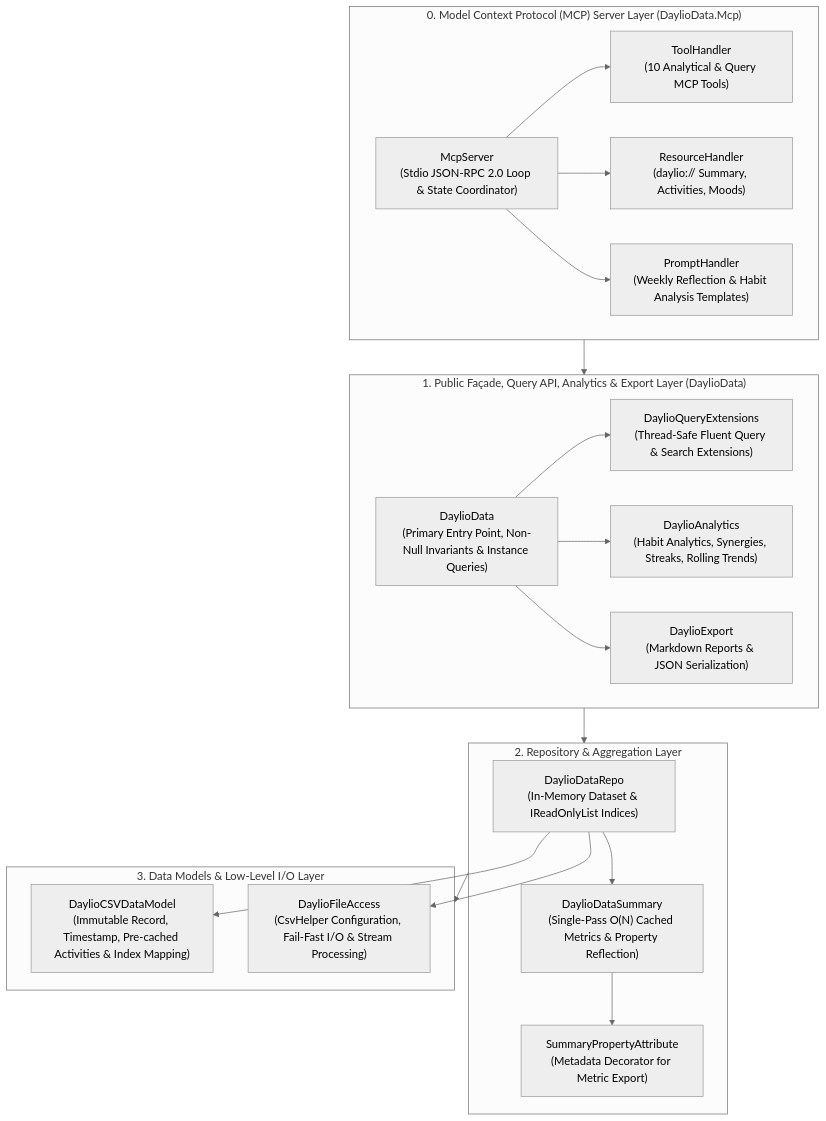
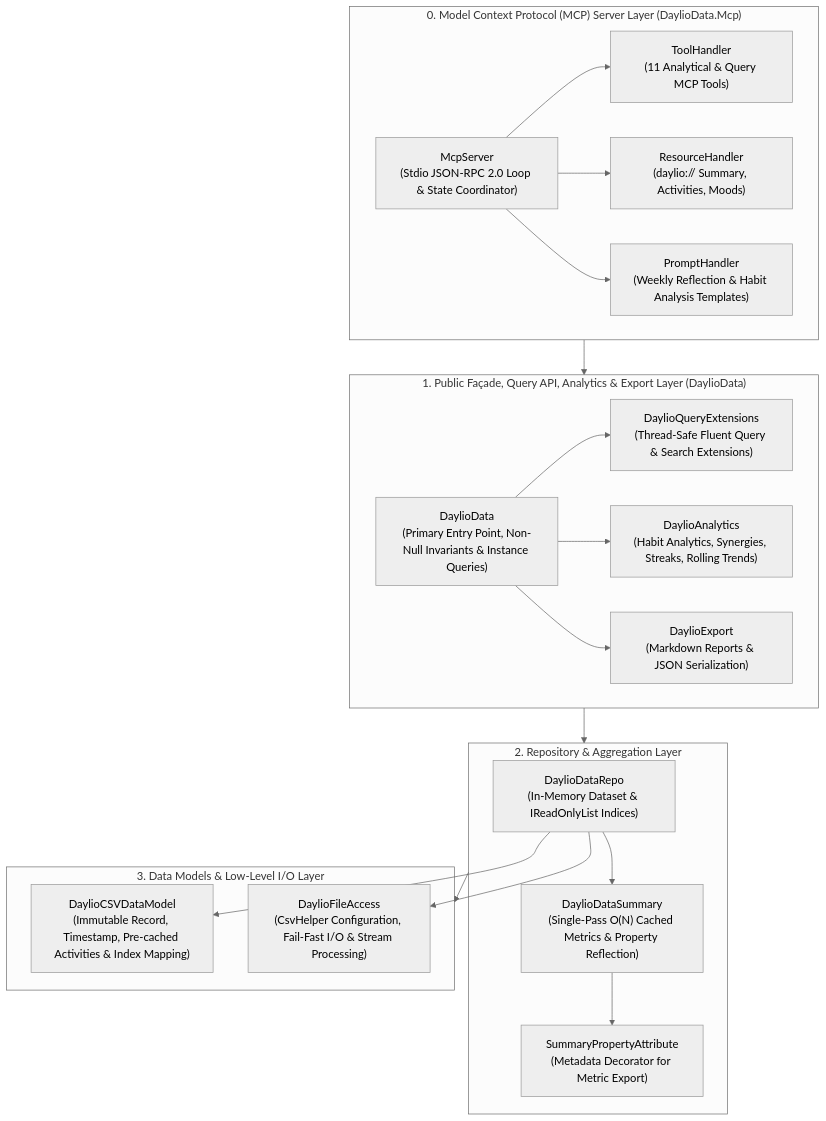
One commit to jav76/DaylioData changed the diagram in docs/architecture/overview.md. Above: the diagram before and after it, drawn with Mermaid (neutral theme). The commit also changed other lines of this file and 8 other files, not shown here.

````diff
--- a/docs/architecture/overview.md
+++ b/docs/architecture/overview.md
@@ -11,41 +11,41 @@
 ```mermaid
 flowchart TB
     subgraph Layer0["0. Model Context Protocol (MCP) Server Layer (DaylioData.Mcp)"]
         Server["McpServer<br/>(Stdio JSON-RPC 2.0 Loop & State Coordinator)"]
-        Tools["ToolHandler<br/>(10 Analytical & Query MCP Tools)"]
+        Tools["ToolHandler<br/>(11 Analytical & Query MCP Tools)"]
         Resources["ResourceHandler<br/>(daylio:// Summary, Activities, Moods)"]
         Prompts["PromptHandler<br/>(Weekly Reflection & Habit Analysis Templates)"]
         Server --> Tools
         Server --> Resources
         Server --> Prompts
     end
 
     subgraph Layer1["1. Public Façade, Query API, Analytics & Export Layer (DaylioData)"]
         Facade["DaylioData<br/>(Primary Entry Point, Non-Null Invariants & Instance Queries)"]
         QueryExt["DaylioQueryExtensions<br/>(Thread-Safe Fluent Query & Search Extensions)"]
         Analytics["DaylioAnalytics<br/>(Habit Analytics, Synergies, Streaks, Rolling Trends)"]
         Export["DaylioExport<br/>(Markdown Reports & JSON Serialization)"]
         Facade --> QueryExt
         Facade --> Analytics
         Facade --> Export
     end
 
     subgraph Layer2["2. Repository & Aggregation Layer"]
         Repo["DaylioDataRepo<br/>(In-Memory Dataset & IReadOnlyList Indices)"]
         Summary["DaylioDataSummary<br/>(Single-Pass O(N) Cached Metrics & Property Reflection)"]
         Attr["SummaryPropertyAttribute<br/>(Metadata Decorator for Metric Export)"]
         Repo --> Summary
         Summary --> Attr
     end
 
     subgraph Layer3["3. Data Models & Low-Level I/O Layer"]
         Model["DaylioCSVDataModel<br/>(Immutable Record, Timestamp, Pre-cached Activities & Index Mapping)"]
         FileAccess["DaylioFileAccess<br/>(CsvHelper Configuration, Fail-Fast I/O & Stream Processing)"]
         Repo --> Model
         Repo --> FileAccess
     end
 
     Layer0 --> Layer1
     Layer1 --> Layer2
     Layer2 --> Layer3
 ```
````
